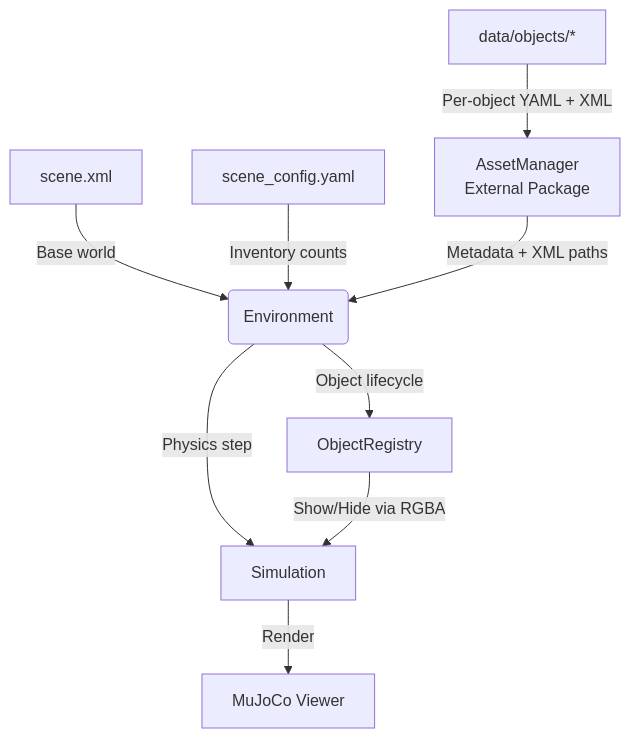
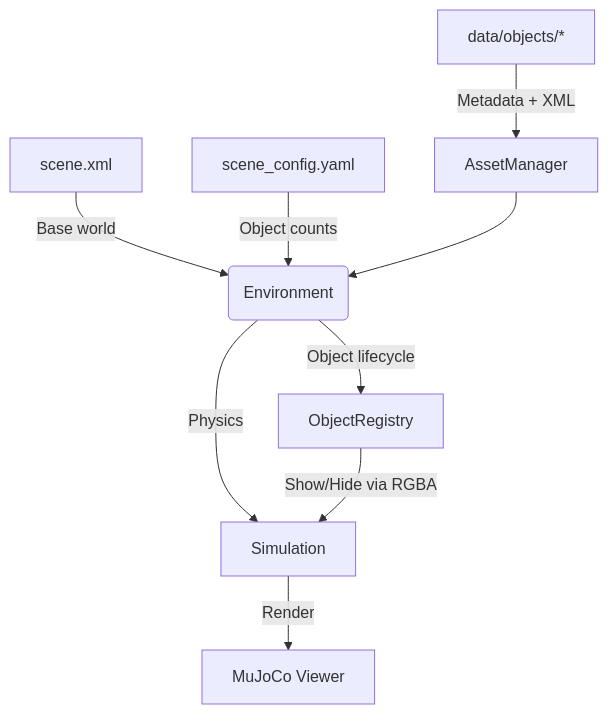
Before and after one commit to personalrobotics/mj_environment: the diagram in README.md, drawn with Mermaid. The commit also changed other lines of this file, not shown here.

````diff
--- a/README.md
+++ b/README.md
@@ -20,11 +93,11 @@
 ```mermaid
 graph TD
     A[scene.xml] -->|Base world| E(Environment)
-    B[scene_config.yaml] -->|Inventory counts| E
-    C[data/objects/*] -->|Per-object YAML + XML| D[AssetManager<br/>External Package]
-    D -->|Metadata + XML paths| E
+    B[scene_config.yaml] -->|Object counts| E
+    C[data/objects/*] -->|Metadata + XML| D[AssetManager]
+    D --> E
     E -->|Object lifecycle| F[ObjectRegistry]
-    E -->|Physics step| G[Simulation]
+    E -->|Physics| G[Simulation]
     F -->|Show/Hide via RGBA| G
     G -->|Render| H[MuJoCo Viewer]
 ```
````
